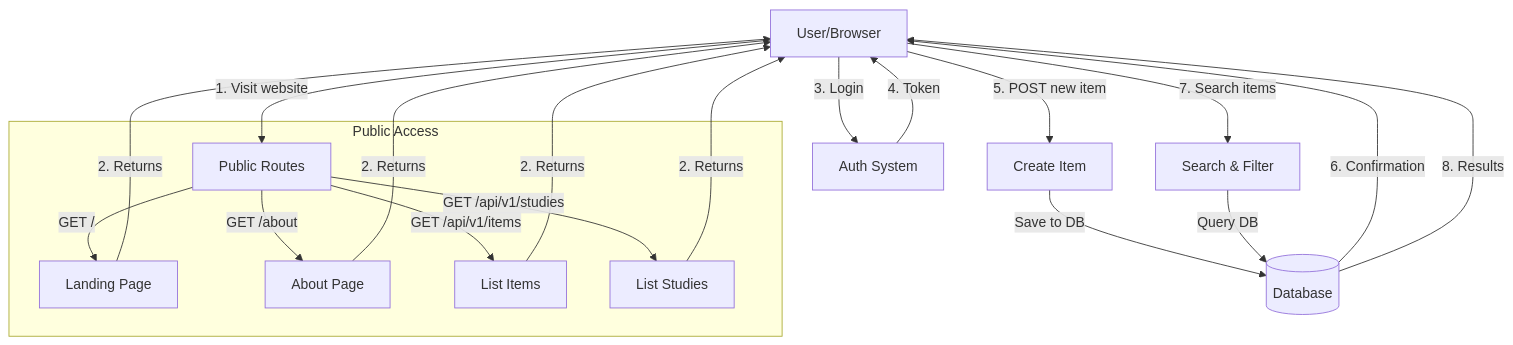
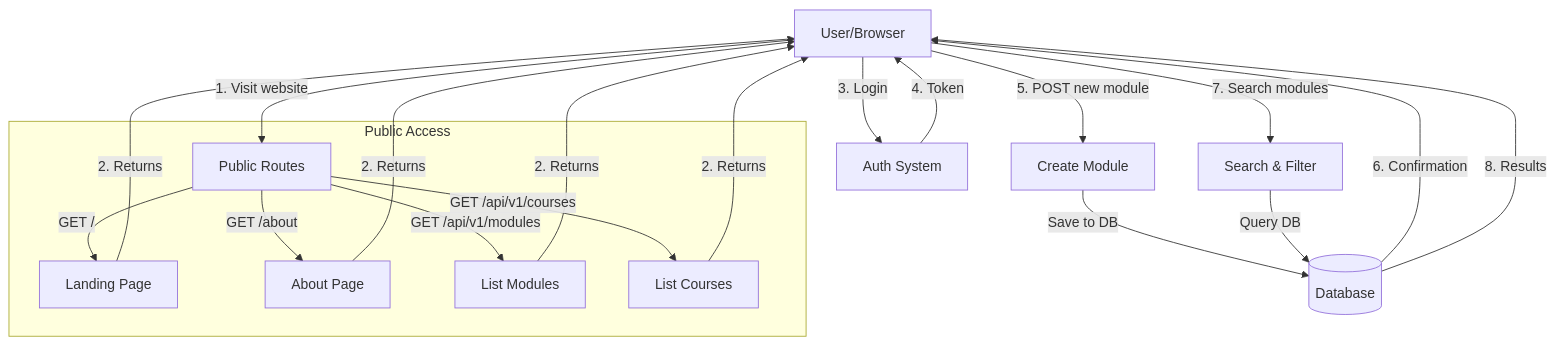
One commit to Sarwarhridoy4/StudyVault changed the first of 4 diagrams in SYSTEM_OVERVIEW.md. Above: the diagram before and after it, drawn with Mermaid. The commit also changed other lines of this file and 36 other files, not shown here.

First line of the commit message:
Refactor: study→course, item→module with linking capability

````diff
--- a/SYSTEM_OVERVIEW.md
+++ b/SYSTEM_OVERVIEW.md
@@ -79,27 +87,27 @@
 ```mermaid
 graph TD
     U[User/Browser] -->|1. Visit website| R[Public Routes]
     
     subgraph "Public Access"
     R -->|GET /| LP[Landing Page]
     R -->|GET /about| AP[About Page]
-    R -->|GET /api/v1/items| LI[List Items]
-    R -->|GET /api/v1/studies| LS[List Studies]
+    R -->|GET /api/v1/modules| LI[List Modules]
+    R -->|GET /api/v1/courses| LS[List Courses]
     end
     
     LI -->|2. Returns| U
     LS -->|2. Returns| U
     LP -->|2. Returns| U
     AP -->|2. Returns| U
     
     U -->|3. Login| A[Auth System]
     A -->|4. Token| U
     
-    U -->|5. POST new item| CPI[Create Item]
+    U -->|5. POST new module| CPI[Create Module]
     CPI -->|Save to DB| DB[(Database)]
     DB -->|6. Confirmation| U
     
-    U -->|7. Search items| SI[Search & Filter]
+    U -->|7. Search modules| SI[Search & Filter]
     SI -->|Query DB| DB
     DB -->|8. Results| U
 ```
````
